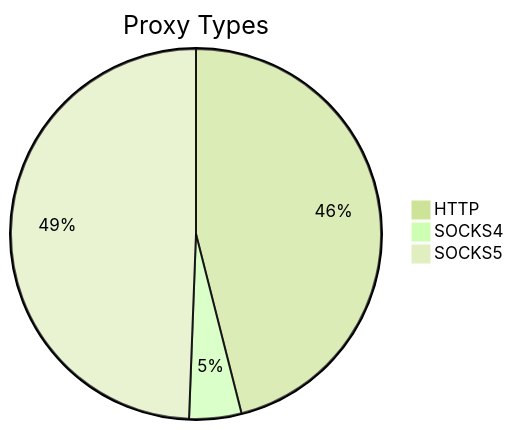
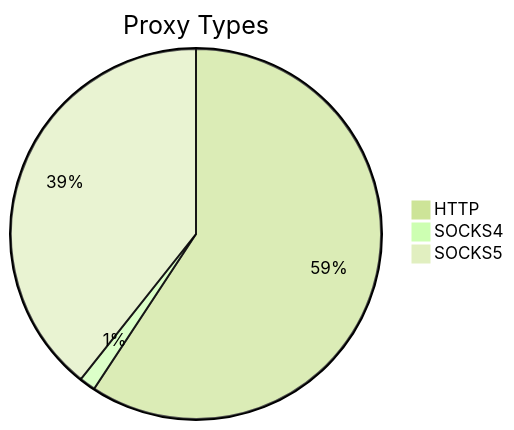
One commit to stormsia/proxy-list changed the first of 2 diagrams in README.md. Above: the diagram before and after it, drawn with Mermaid (forest theme). The commit also changed other lines of this file, not shown here.

````diff
--- a/README.md
+++ b/README.md
@@ -21,6 +21,6 @@
 ```mermaid
 pie title Proxy Types
-    "HTTP" : 768
-    "SOCKS4" : 76
-    "SOCKS5" : 824
+    "HTTP" : 758
+    "SOCKS4" : 18
+    "SOCKS5" : 503
 ```
````
